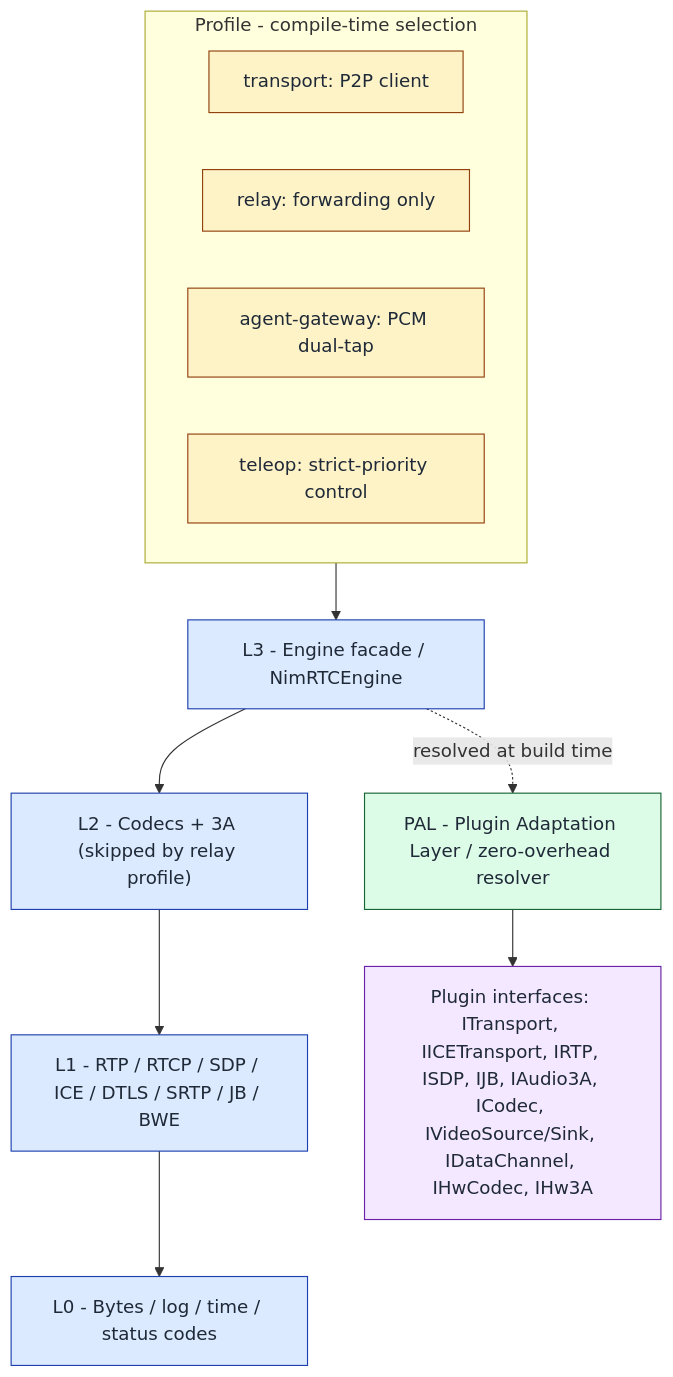
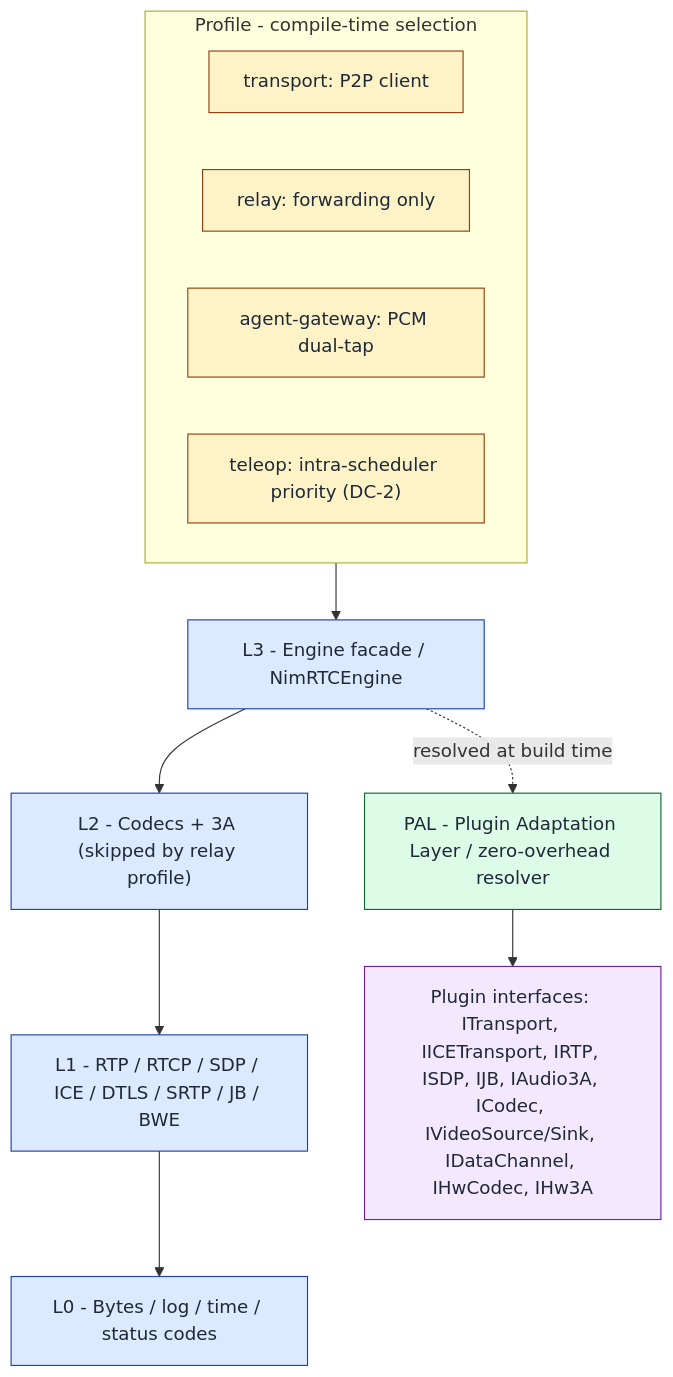
The diagram in README.md (NimRTC/nimrtc), drawn with Mermaid before and after one commit. The commit also changed other lines of this file and 21 other files, not shown here.

````diff
--- a/README.md
+++ b/README.md
@@ -344,26 +344,26 @@
 ```mermaid
 flowchart TB
     subgraph PROF["Profile - compile-time selection"]
         P1["transport: P2P client"]
         P2["relay: forwarding only"]
         P3["agent-gateway: PCM dual-tap"]
-        P4["teleop: strict-priority control"]
+        P4["teleop: intra-scheduler priority (DC-2)"]
     end
 
     PROF --> L3
     L3["L3 - Engine facade / NimRTCEngine"] --> L2["L2 - Codecs + 3A (skipped by relay profile)"]
     L2 --> L1["L1 - RTP / RTCP / SDP / ICE / DTLS / SRTP / JB / BWE"]
     L1 --> L0["L0 - Bytes / log / time / status codes"]
 
     L3 -. resolved at build time .-> PAL["PAL - Plugin Adaptation Layer / zero-overhead resolver"]
     PAL --> PLG["Plugin interfaces: ITransport, IICETransport, IRTP, ISDP, IJB, IAudio3A, ICodec, IVideoSource/Sink, IDataChannel, IHwCodec, IHw3A"]
 
     classDef profile fill:#fef3c7,stroke:#92400e,color:#1f2937
     classDef layer   fill:#dbeafe,stroke:#1e40af,color:#1f2937
     classDef pal     fill:#dcfce7,stroke:#166534,color:#1f2937
     classDef plugin  fill:#f3e8ff,stroke:#6b21a8,color:#1f2937
     class P1,P2,P3,P4 profile
     class L0,L1,L2,L3 layer
     class PAL pal
     class PLG plugin
 ```
````
